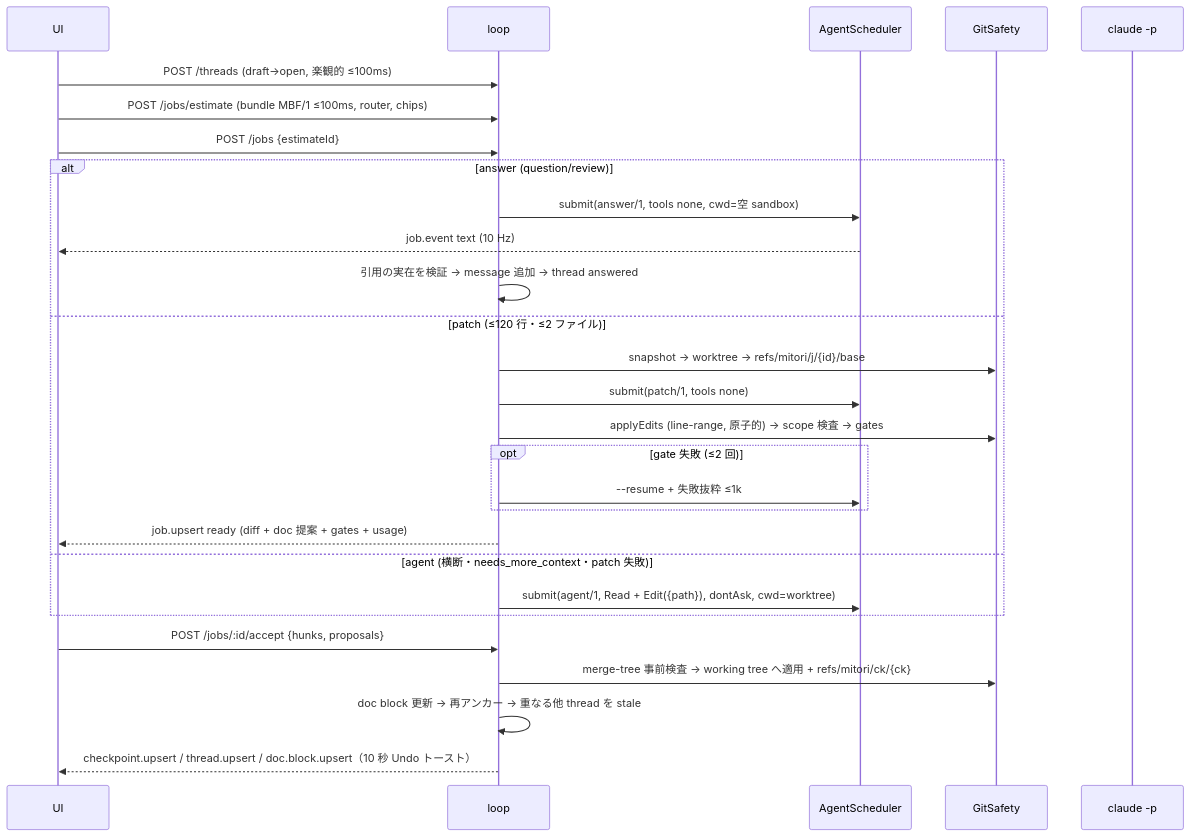
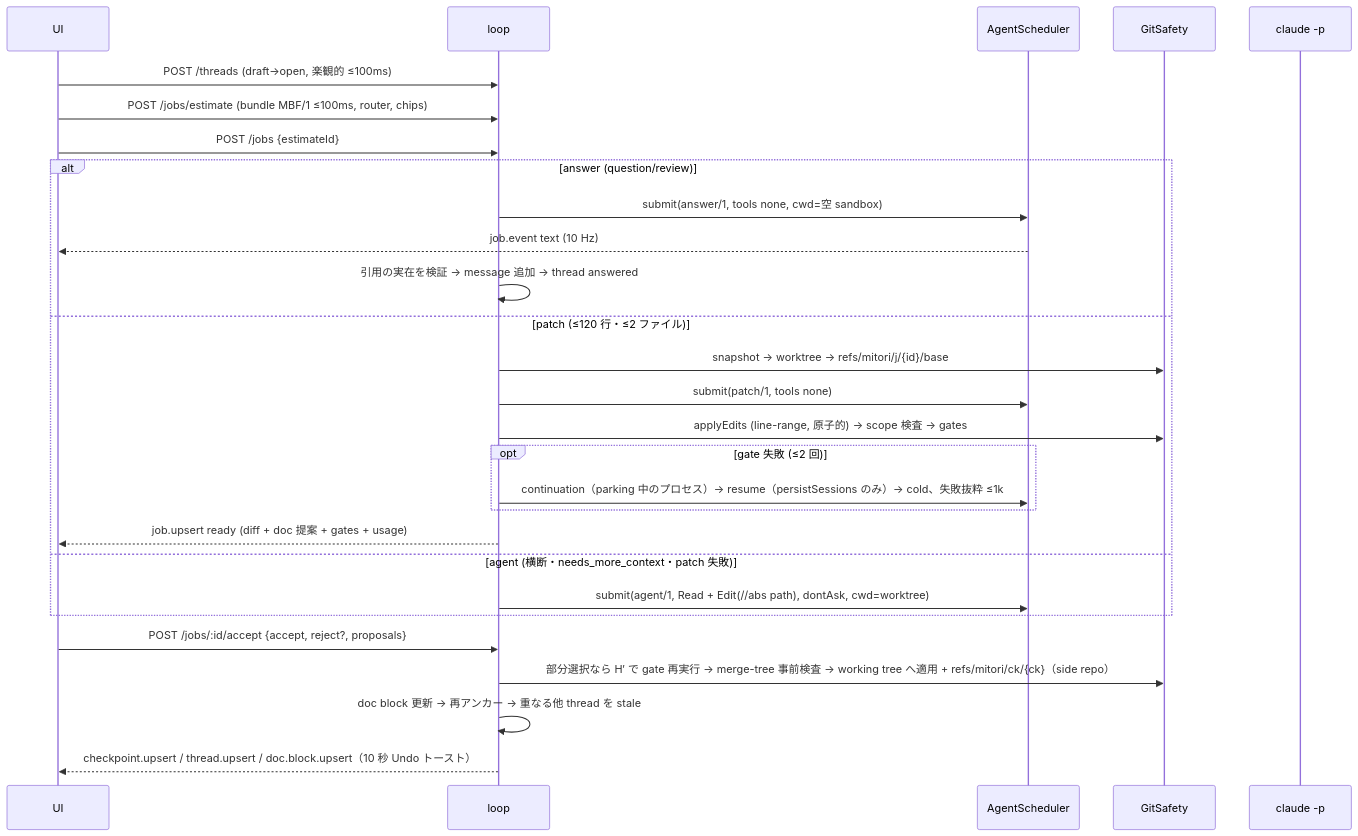
The fourth of 4 diagrams in docs/design/ARCHITECTURE.md (satoki252595/mitori), drawn with Mermaid before and after one commit. The commit also changed other lines of this file and 129 other files, not shown here.

````diff
--- a/docs/design/ARCHITECTURE.md
+++ b/docs/design/ARCHITECTURE.md
@@ -284,30 +289,30 @@
 ```mermaid
 sequenceDiagram
   participant U as UI
   participant L as loop
   participant A as AgentScheduler
   participant G as GitSafety
   participant C as claude -p
   U->>L: POST /threads (draft→open, 楽観的 ≤100ms)
   U->>L: POST /jobs/estimate  (bundle MBF/1 ≤100ms, router, chips)
   U->>L: POST /jobs {estimateId}
   alt answer (question/review)
     L->>A: submit(answer/1, tools none, cwd=空 sandbox)
     A-->>U: job.event text (10 Hz)
     L->>L: 引用の実在を検証 → message 追加 → thread answered
   else patch (≤120 行・≤2 ファイル)
     L->>G: snapshot → worktree → refs/mitori/j/{id}/base
     L->>A: submit(patch/1, tools none)
     L->>G: applyEdits (line-range, 原子的) → scope 検査 → gates
     opt gate 失敗 (≤2 回)
-      L->>A: --resume + 失敗抜粋 ≤1k
+      L->>A: continuation（parking 中のプロセス）→ resume（persistSessions のみ）→ cold、失敗抜粋 ≤1k
     end
     L-->>U: job.upsert ready (diff + doc 提案 + gates + usage)
   else agent (横断・needs_more_context・patch 失敗)
-    L->>A: submit(agent/1, Read + Edit({path}), dontAsk, cwd=worktree)
+    L->>A: submit(agent/1, Read + Edit(//abs path), dontAsk, cwd=worktree)
   end
-  U->>L: POST /jobs/:id/accept {hunks, proposals}
-  L->>G: merge-tree 事前検査 → working tree へ適用 + refs/mitori/ck/{ck}
+  U->>L: POST /jobs/:id/accept {accept, reject?, proposals}
+  L->>G: 部分選択なら H′ で gate 再実行 → merge-tree 事前検査 → working tree へ適用 + refs/mitori/ck/{ck}（side repo）
   L->>L: doc block 更新 → 再アンカー → 重なる他 thread を stale
   L-->>U: checkpoint.upsert / thread.upsert / doc.block.upsert（10 秒 Undo トースト）
 ```
````
